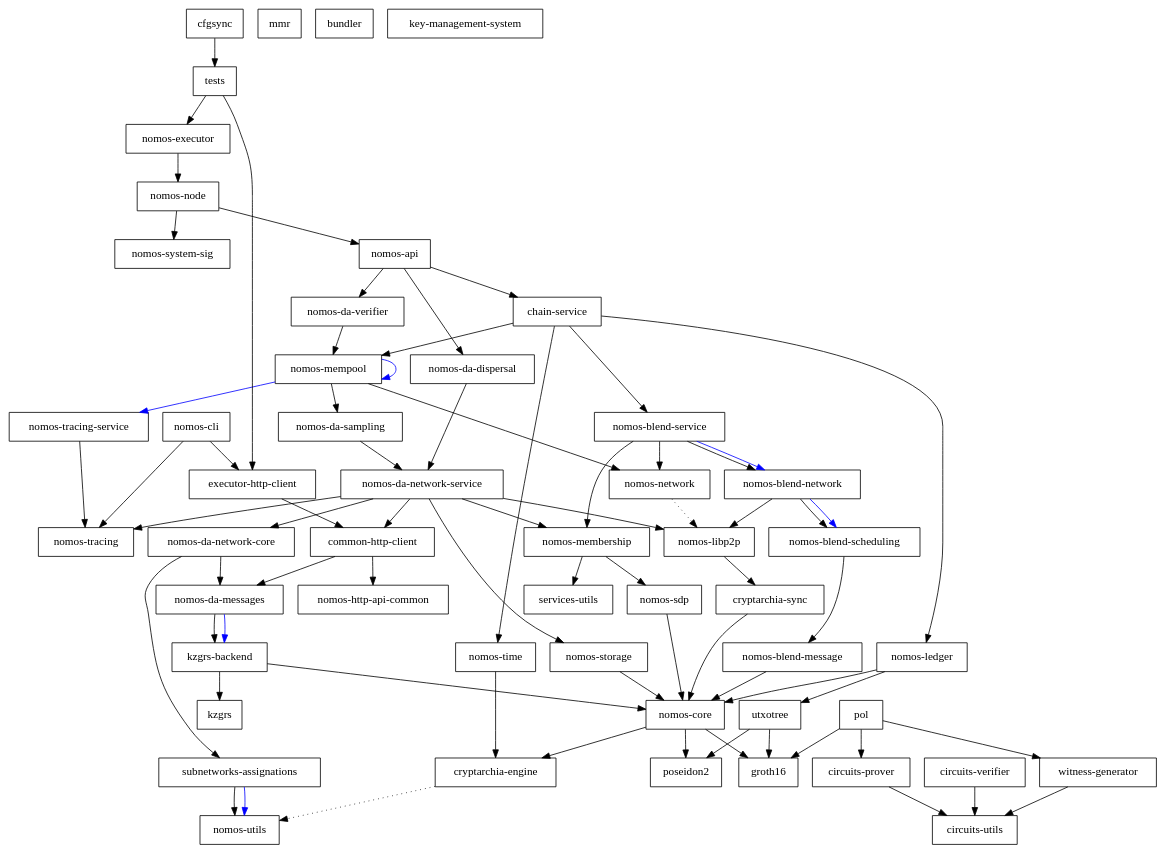
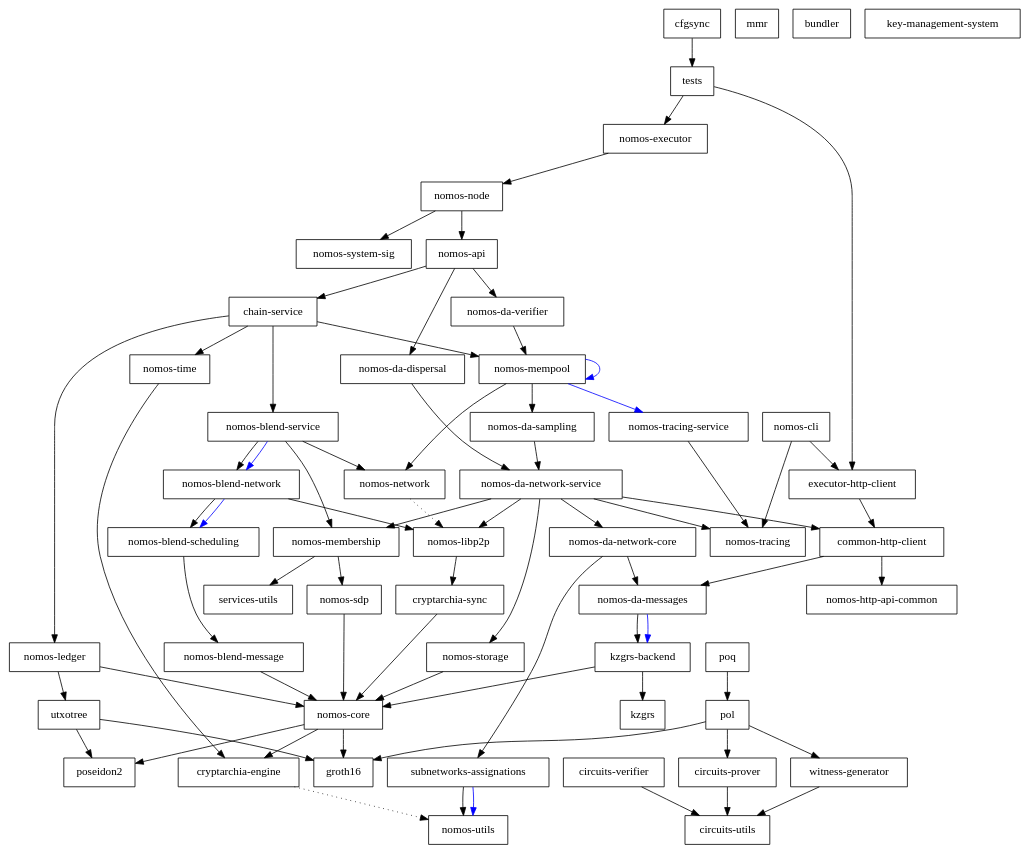
One commit to logos-co/nomos changed the diagram in dependencies_graph.dot. Above: the diagram before and after it, drawn with Graphviz. The commit also changed 2 other files, not shown here.

Commit message:
update the correct graph and remove pol references in poq

```diff
--- a/dependencies_graph.dot
+++ b/dependencies_graph.dot
@@ -1,123 +1,125 @@
 digraph {
     0 [ label = "cryptarchia-engine" shape = box]
     1 [ label = "nomos-utils" shape = box]
     2 [ label = "cryptarchia-sync" shape = box]
     3 [ label = "nomos-core" shape = box]
     4 [ label = "groth16" shape = box]
     5 [ label = "poseidon2" shape = box]
     6 [ label = "nomos-ledger" shape = box]
     7 [ label = "utxotree" shape = box]
     8 [ label = "mmr" shape = box]
     9 [ label = "nomos-http-api-common" shape = box]
     10 [ label = "nomos-executor" shape = box]
     11 [ label = "kzgrs-backend" shape = box]
     12 [ label = "kzgrs" shape = box]
     13 [ label = "nomos-api" shape = box]
     14 [ label = "chain-service" shape = box]
     15 [ label = "nomos-blend-service" shape = box]
     16 [ label = "nomos-blend-message" shape = box]
     17 [ label = "nomos-blend-network" shape = box]
     18 [ label = "nomos-blend-scheduling" shape = box]
     19 [ label = "nomos-libp2p" shape = box]
     20 [ label = "nomos-membership" shape = box]
     21 [ label = "nomos-sdp" shape = box]
     22 [ label = "services-utils" shape = box]
     23 [ label = "nomos-network" shape = box]
     24 [ label = "nomos-da-sampling" shape = box]
     25 [ label = "nomos-da-network-core" shape = box]
     26 [ label = "nomos-da-messages" shape = box]
     27 [ label = "subnetworks-assignations" shape = box]
     28 [ label = "nomos-da-network-service" shape = box]
     29 [ label = "common-http-client" shape = box]
     30 [ label = "nomos-storage" shape = box]
     31 [ label = "nomos-tracing" shape = box]
     32 [ label = "nomos-mempool" shape = box]
     33 [ label = "nomos-tracing-service" shape = box]
     34 [ label = "nomos-time" shape = box]
     35 [ label = "nomos-da-dispersal" shape = box]
     36 [ label = "nomos-da-verifier" shape = box]
     37 [ label = "nomos-node" shape = box]
     38 [ label = "nomos-system-sig" shape = box]
     39 [ label = "executor-http-client" shape = box]
     40 [ label = "bundler" shape = box]
     41 [ label = "nomos-cli" shape = box]
     42 [ label = "key-management-system" shape = box]
     43 [ label = "cfgsync" shape = box]
     44 [ label = "tests" shape = box]
     45 [ label = "circuits-prover" shape = box]
     46 [ label = "circuits-utils" shape = box]
     47 [ label = "circuits-verifier" shape = box]
     48 [ label = "witness-generator" shape = box]
     49 [ label = "pol" shape = box]
+    50 [ label = "poq" shape = box]
     0 -> 1 [ style = dotted]
     2 -> 3 [ ]
     3 -> 0 [ ]
     3 -> 4 [ ]
     3 -> 5 [ ]
     6 -> 3 [ ]
     6 -> 7 [ ]
     7 -> 4 [ ]
     7 -> 5 [ ]
     10 -> 37 [ ]
     11 -> 12 [ ]
     11 -> 3 [ ]
     13 -> 14 [ ]
     13 -> 35 [ ]
     13 -> 36 [ ]
     14 -> 15 [ ]
     14 -> 6 [ ]
     14 -> 32 [ ]
     14 -> 34 [ ]
     15 -> 17 [ ]
     15 -> 17 [ color = blue]
     15 -> 20 [ ]
     15 -> 23 [ ]
     16 -> 3 [ ]
     17 -> 18 [ ]
     17 -> 18 [ color = blue]
     17 -> 19 [ ]
     18 -> 16 [ ]
     19 -> 2 [ ]
     20 -> 21 [ ]
     20 -> 22 [ ]
     21 -> 3 [ ]
     23 -> 19 [ style = dotted]
     24 -> 28 [ ]
     25 -> 26 [ ]
     25 -> 27 [ ]
     26 -> 11 [ ]
     26 -> 11 [ color = blue]
     27 -> 1 [ ]
     27 -> 1 [ color = blue]
     28 -> 29 [ ]
     28 -> 25 [ ]
     28 -> 19 [ ]
     28 -> 20 [ ]
     28 -> 30 [ ]
     28 -> 31 [ ]
     29 -> 26 [ ]
     29 -> 9 [ ]
     30 -> 3 [ ]
     32 -> 24 [ ]
     32 -> 32 [ color = blue]
     32 -> 23 [ ]
     32 -> 33 [ color = blue]
     33 -> 31 [ ]
     34 -> 0 [ ]
     35 -> 28 [ ]
     36 -> 32 [ ]
     37 -> 13 [ ]
     37 -> 38 [ ]
     39 -> 29 [ ]
     41 -> 39 [ ]
     41 -> 31 [ ]
     43 -> 44 [ ]
     44 -> 39 [ ]
     44 -> 10 [ ]
     45 -> 46 [ ]
     47 -> 46 [ ]
     48 -> 46 [ ]
     49 -> 45 [ ]
     49 -> 4 [ ]
     49 -> 48 [ ]
+    50 -> 49 [ ]
 }
```
